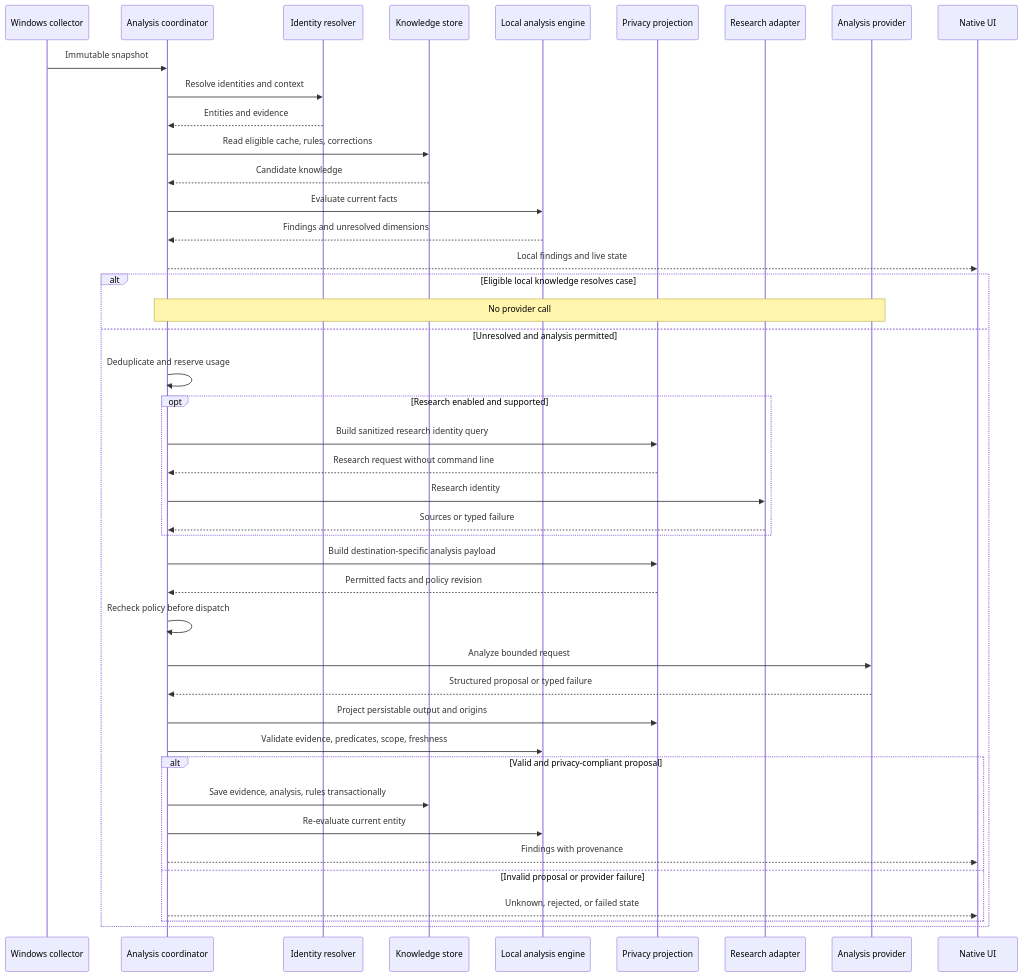
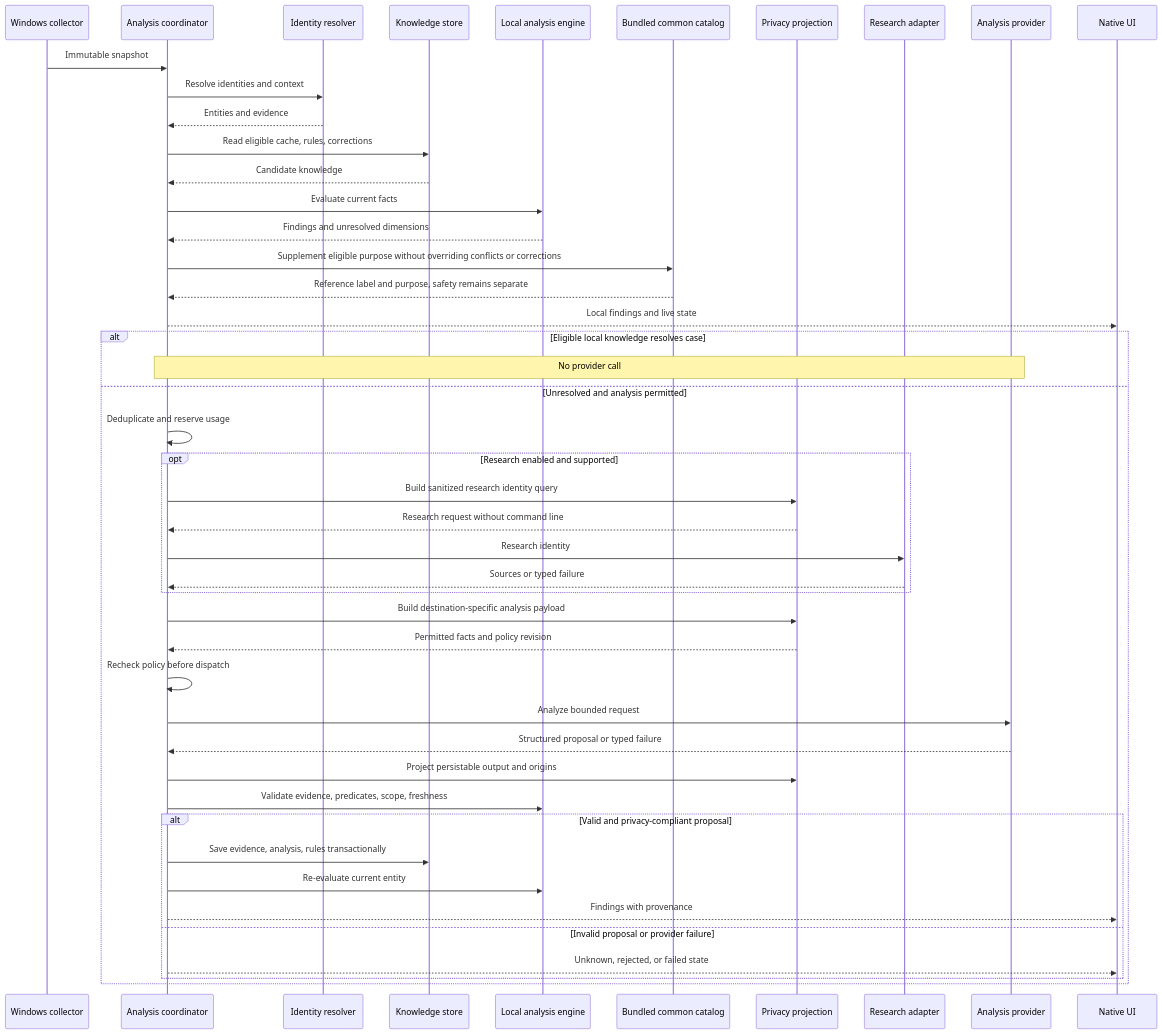
The third of 6 diagrams in ARCHITECTURE.md (kiforsbe/procsight), drawn with Mermaid before and after one commit. The commit also changed other lines of this file and 31 other files, not shown here.

````diff
--- a/ARCHITECTURE.md
+++ b/ARCHITECTURE.md
@@ -206,45 +232,48 @@
 ```mermaid
 sequenceDiagram
     participant C as Windows collector
     participant A as Analysis coordinator
     participant I as Identity resolver
     participant K as Knowledge store
     participant L as Local analysis engine
+    participant B as Bundled common catalog
     participant P as Privacy projection
     participant R as Research adapter
     participant M as Analysis provider
     participant U as Native UI
     C->>A: Immutable snapshot
     A->>I: Resolve identities and context
     I-->>A: Entities and evidence
     A->>K: Read eligible cache, rules, corrections
     K-->>A: Candidate knowledge
     A->>L: Evaluate current facts
     L-->>A: Findings and unresolved dimensions
+    A->>B: Supplement eligible purpose without overriding conflicts or corrections
+    B-->>A: Reference label and purpose, safety remains separate
     A-->>U: Local findings and live state
     alt Eligible local knowledge resolves case
         Note over A,M: No provider call
     else Unresolved and analysis permitted
         A->>A: Deduplicate and reserve usage
         opt Research enabled and supported
             A->>P: Build sanitized research identity query
             P-->>A: Research request without command line
             A->>R: Research identity
             R-->>A: Sources or typed failure
         end
         A->>P: Build destination-specific analysis payload
         P-->>A: Permitted facts and policy revision
         A->>A: Recheck policy before dispatch
         A->>M: Analyze bounded request
         M-->>A: Structured proposal or typed failure
         A->>P: Project persistable output and origins
         A->>L: Validate evidence, predicates, scope, freshness
         alt Valid and privacy-compliant proposal
             A->>K: Save evidence, analysis, rules transactionally
             A->>L: Re-evaluate current entity
             A-->>U: Findings with provenance
         else Invalid proposal or provider failure
             A-->>U: Unknown, rejected, or failed state
         end
     end
 ```
````
